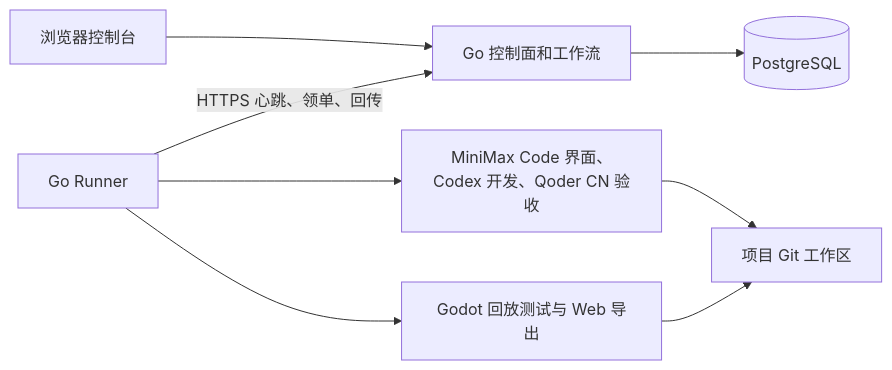
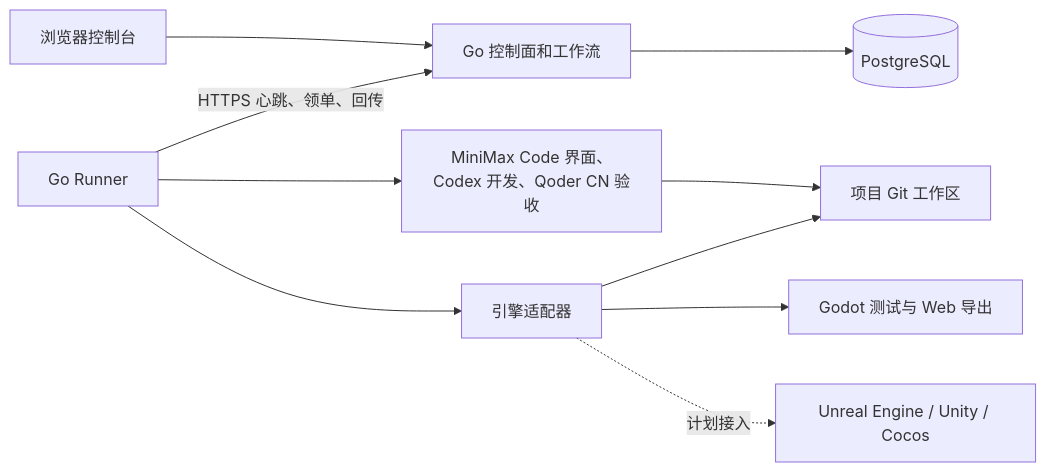
One commit to PhongFeng/Agentrib changed the diagram in README.md. Above: the diagram before and after it, drawn with Mermaid. The commit also changed other lines of this file and 20 other files, not shown here.

````diff
--- a/README.md
+++ b/README.md
@@ -17,10 +17,12 @@
 ```mermaid
 flowchart LR
     Web[浏览器控制台] --> Server[Go 控制面和工作流]
     Server --> Database[(PostgreSQL)]
     Runner[Go Runner] -->|HTTPS 心跳、领单、回传| Server
     Runner --> Agents[MiniMax Code 界面、Codex 开发、Qoder CN 验收]
-    Runner --> Godot[Godot 回放测试与 Web 导出]
+    Runner --> Engine[引擎适配器]
+    Engine --> Godot[Godot 测试与 Web 导出]
+    Engine -. 计划接入 .-> Future[Unreal Engine / Unity / Cocos]
     Agents --> Git[项目 Git 工作区]
-    Godot --> Git
+    Engine --> Git
 ```
````
